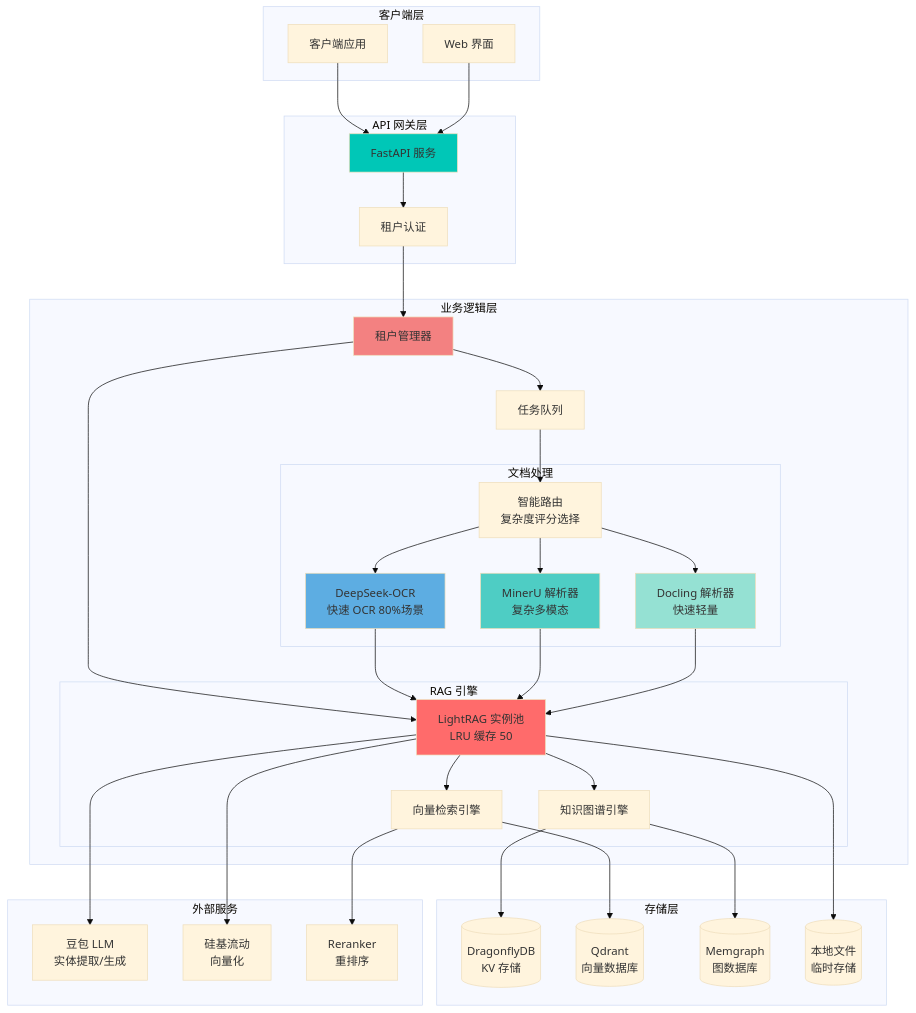
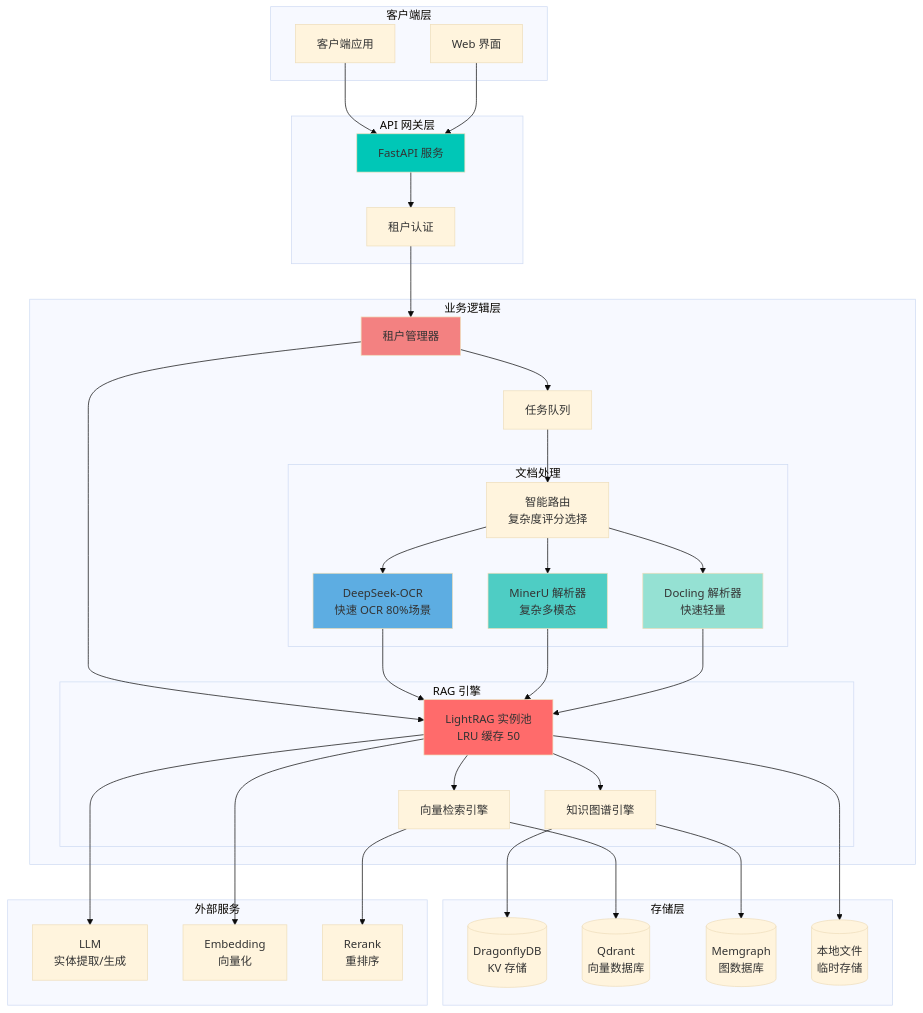
The first of 2 diagrams in README.md (BukeLy/rag-api), drawn with Mermaid (base theme) before and after one commit. The commit also changed other lines of this file and 3 other files, not shown here.

````diff
--- a/README.md
+++ b/README.md
@@ -102,77 +102,77 @@
 ```mermaid
 graph TB
     subgraph "客户端层"
         Client[客户端应用]
         WebUI[Web 界面]
     end
     
     subgraph "API 网关层"
         FastAPI[FastAPI 服务]
         Auth[租户认证]
     end
     
     subgraph "业务逻辑层"
         TenantMgr[租户管理器]
         TaskQueue[任务队列]
         
         subgraph "文档处理"
             DeepSeekOCR[DeepSeek-OCR<br/>快速 OCR 80%场景]
             MinerU[MinerU 解析器<br/>复杂多模态]
             Docling[Docling 解析器<br/>快速轻量]
             FileRouter[智能路由<br/>复杂度评分选择]
         end
         
         subgraph "RAG 引擎"
             LightRAG[LightRAG 实例池<br/>LRU 缓存 50]
             KG[知识图谱引擎]
             Vector[向量检索引擎]
         end
     end
     
     subgraph "存储层"
         DragonflyDB[(DragonflyDB<br/>KV 存储)]
         Qdrant[(Qdrant<br/>向量数据库)]
         Memgraph[(Memgraph<br/>图数据库)]
         Local[(本地文件<br/>临时存储)]
     end
     
     subgraph "外部服务"
-        LLM[豆包 LLM<br/>实体提取/生成]
-        Embedding[硅基流动<br/>向量化]
-        Rerank[Reranker<br/>重排序]
+        LLM[LLM<br/>实体提取/生成]
+        Embedding[Embedding<br/>向量化]
+        Rerank[Rerank<br/>重排序]
     end
     
     Client --> FastAPI
     WebUI --> FastAPI
     FastAPI --> Auth
     Auth --> TenantMgr
     TenantMgr --> TaskQueue
     TenantMgr --> LightRAG
     
     TaskQueue --> FileRouter
     FileRouter --> DeepSeekOCR
     FileRouter --> MinerU
     FileRouter --> Docling
     DeepSeekOCR --> LightRAG
     MinerU --> LightRAG
     Docling --> LightRAG
     
     LightRAG --> KG
     LightRAG --> Vector
     
     KG --> DragonflyDB
     KG --> Memgraph
     Vector --> Qdrant
     LightRAG --> Local
     
     LightRAG --> LLM
     LightRAG --> Embedding
     Vector --> Rerank
     
     style FastAPI fill:#00C7B7
     style LightRAG fill:#FF6B6B
     style DeepSeekOCR fill:#5DADE2
     style MinerU fill:#4ECDC4
     style Docling fill:#95E1D3
     style TenantMgr fill:#F38181
 ```
````
